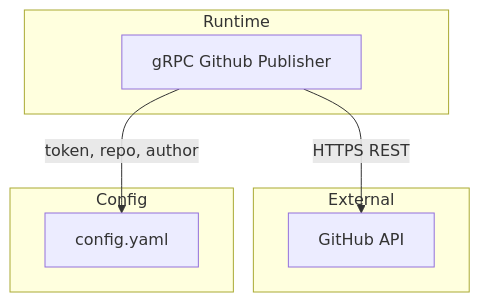
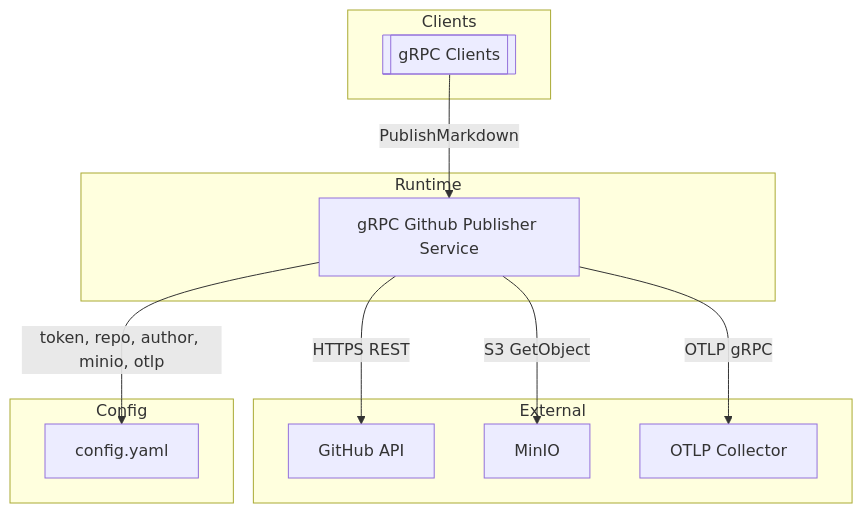
Before and after one commit to FedorovTeam/mono-repo: the diagram in backend/github-publisher-service/infrastructure.md, drawn with Mermaid.

Commit message:
Update infrastructure diagram

````diff
--- a/backend/github-publisher-service/infrastructure.md
+++ b/backend/github-publisher-service/infrastructure.md
@@ -3,15 +3,23 @@
 ```mermaid
 graph TD
   subgraph Runtime
-    A[gRPC Github Publisher]
+    A[gRPC Github Publisher Service]
   end
   subgraph External
     B[GitHub API]
+    C[MinIO]
+    D[OTLP Collector]
   end
   subgraph Config
-    C[config.yaml]
+    E[config.yaml]
+  end
+  subgraph Clients
+    F[[gRPC Clients]]
   end
 
-  A -- token, repo, author --> C
+  F -->|PublishMarkdown| A
+  A -- token, repo, author, minio, otlp --> E
   A -- HTTPS REST --> B
+  A -- S3 GetObject --> C
+  A -- OTLP gRPC --> D
 ```
````
